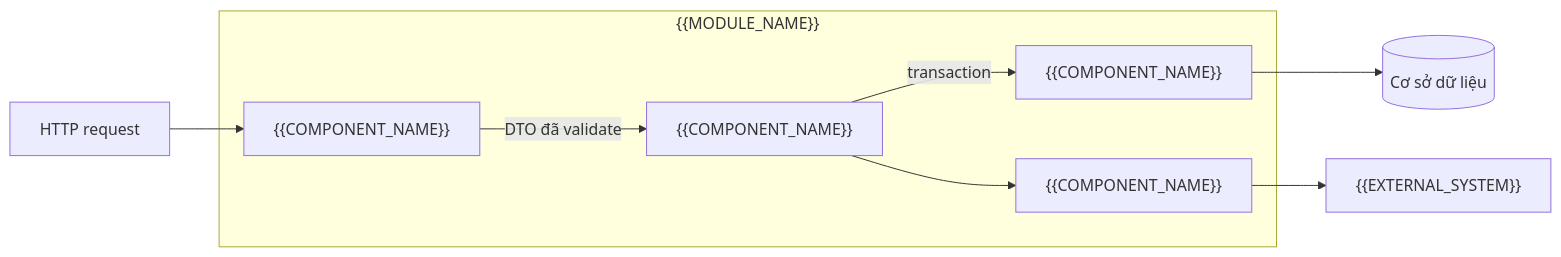
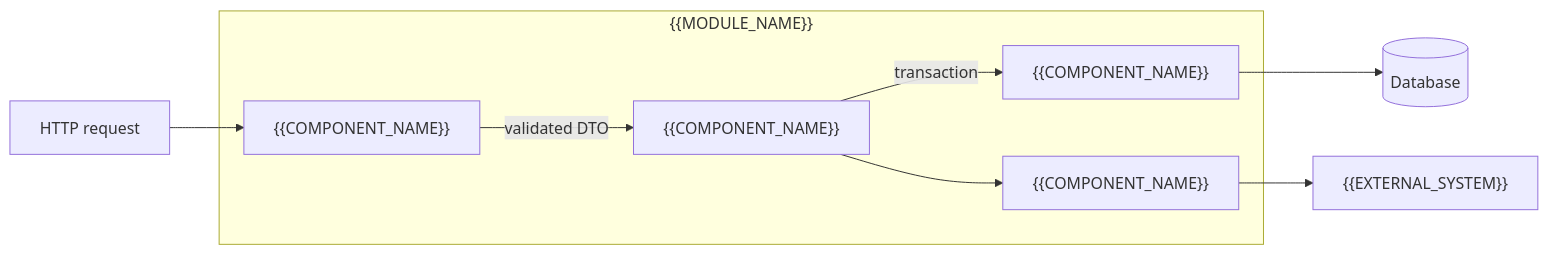
The second of 2 diagrams in skills/specflow/assets/kit/overlays/backend-api/architecture-sections.md (vuquoctrungbk/specflow), drawn with Mermaid before and after one commit. The commit also changed other lines of this file and 100 other files, not shown here.

````diff
--- a/skills/specflow/assets/kit/overlays/backend-api/architecture-sections.md
+++ b/skills/specflow/assets/kit/overlays/backend-api/architecture-sections.md
@@ -43,15 +43,15 @@
 ```mermaid
 flowchart LR
     subgraph Module["{{MODULE_NAME}}"]
         CTRL["{{COMPONENT_NAME}}"]
         SVC["{{COMPONENT_NAME}}"]
         REPO["{{COMPONENT_NAME}}"]
         ADP["{{COMPONENT_NAME}}"]
     end
     REQ[HTTP request] --> CTRL
-    CTRL -->|DTO đã validate| SVC
+    CTRL -->|validated DTO| SVC
     SVC -->|transaction| REPO
     SVC --> ADP
-    REPO --> DB[(Cơ sở dữ liệu)]
+    REPO --> DB[(Database)]
     ADP --> EXT["{{EXTERNAL_SYSTEM}}"]
 ```
````
